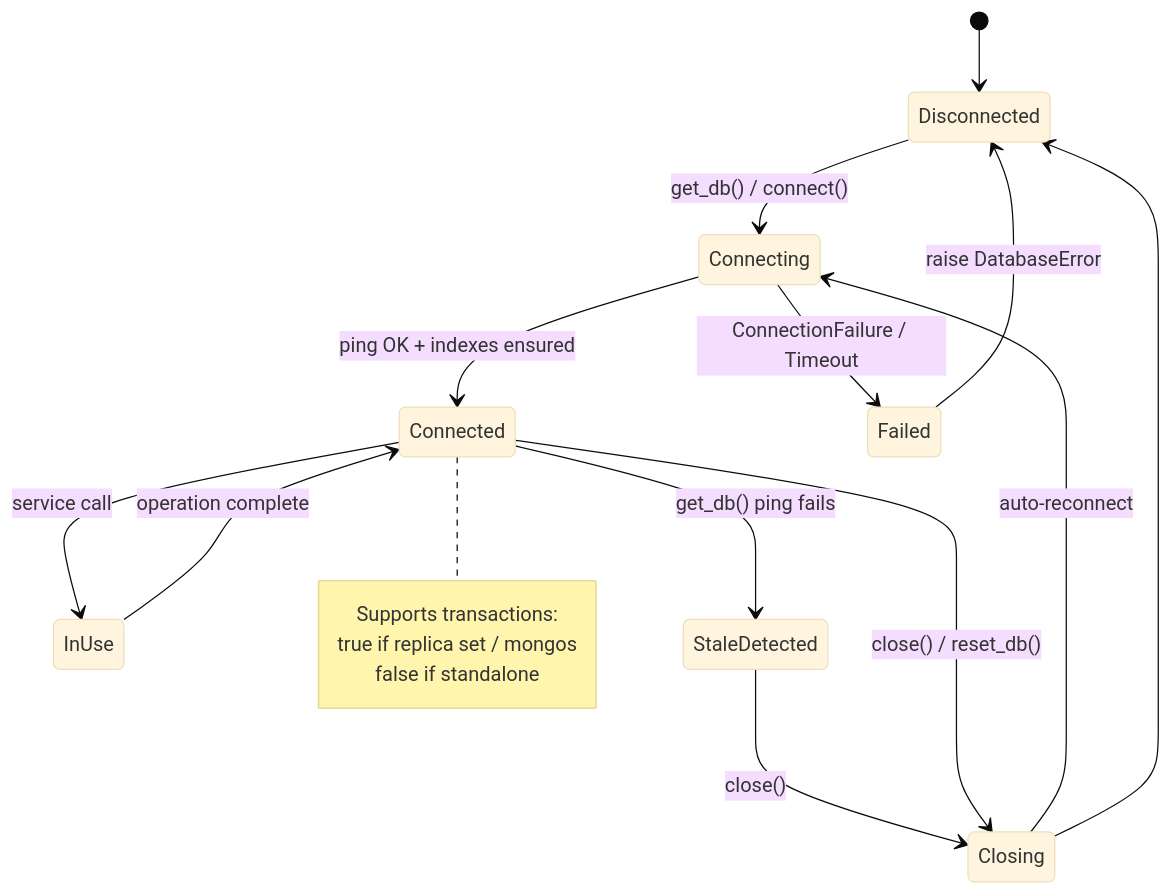
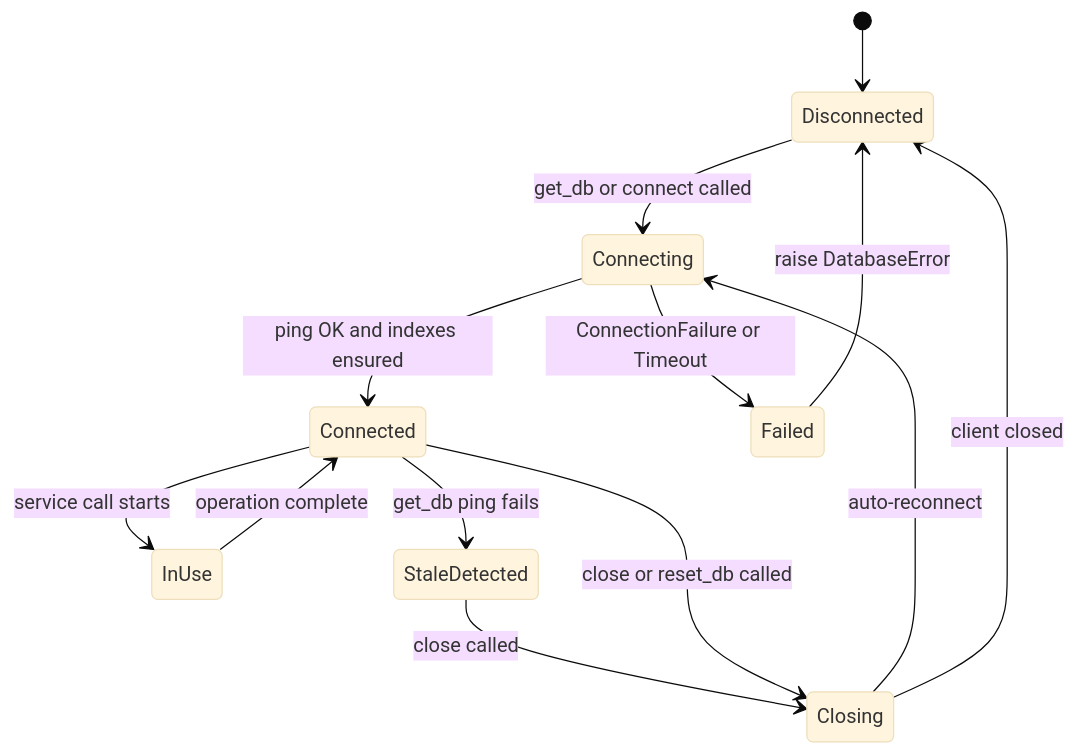
The eighth of 10 diagrams in DIAGRAMS.md (uktentu/mongo_file_manager), drawn with Mermaid (base theme) before and after one commit. The commit also changed other lines of this file, not shown here.

First line of the commit message:
fix: remove all backslash-n from Mermaid node labels in DIAGRAMS.md

````diff
--- a/DIAGRAMS.md
+++ b/DIAGRAMS.md
@@ -306,25 +306,19 @@
 ```mermaid
 stateDiagram-v2
     [*] --> Disconnected
 
-    Disconnected --> Connecting: get_db() / connect()
-    Connecting --> Connected: ping OK + indexes ensured
-    Connecting --> Failed: ConnectionFailure / Timeout
-    Failed --> Disconnected: raise DatabaseError
+    Disconnected --> Connecting : get_db or connect called
+    Connecting --> Connected : ping OK and indexes ensured
+    Connecting --> Failed : ConnectionFailure or Timeout
+    Failed --> Disconnected : raise DatabaseError
 
-    Connected --> InUse: service call
-    InUse --> Connected: operation complete
+    Connected --> InUse : service call starts
+    InUse --> Connected : operation complete
 
-    Connected --> StaleDetected: get_db() ping fails
-    StaleDetected --> Closing: close()
-    Closing --> Connecting: auto-reconnect
+    Connected --> StaleDetected : get_db ping fails
+    StaleDetected --> Closing : close called
+    Closing --> Connecting : auto-reconnect
 
-    Connected --> Closing: close() / reset_db()
-    Closing --> Disconnected
-
-    note right of Connected
-        Supports transactions:
-        true if replica set / mongos
-        false if standalone
-    end note
+    Connected --> Closing : close or reset_db called
+    Closing --> Disconnected : client closed
 ```
````
